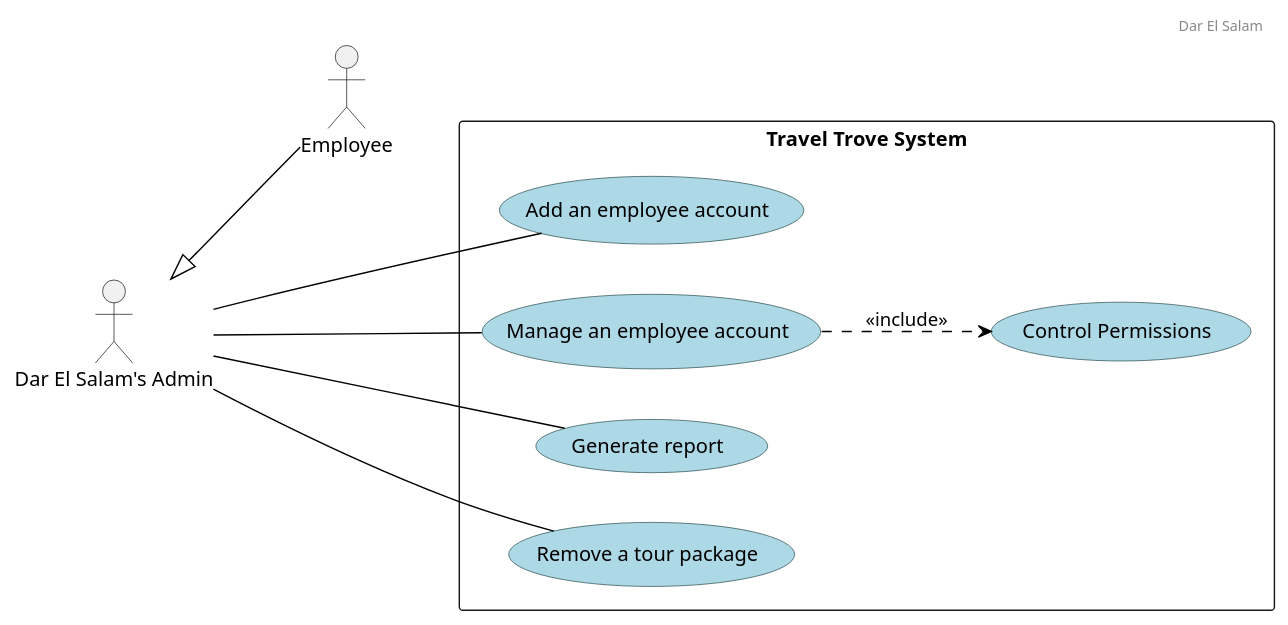
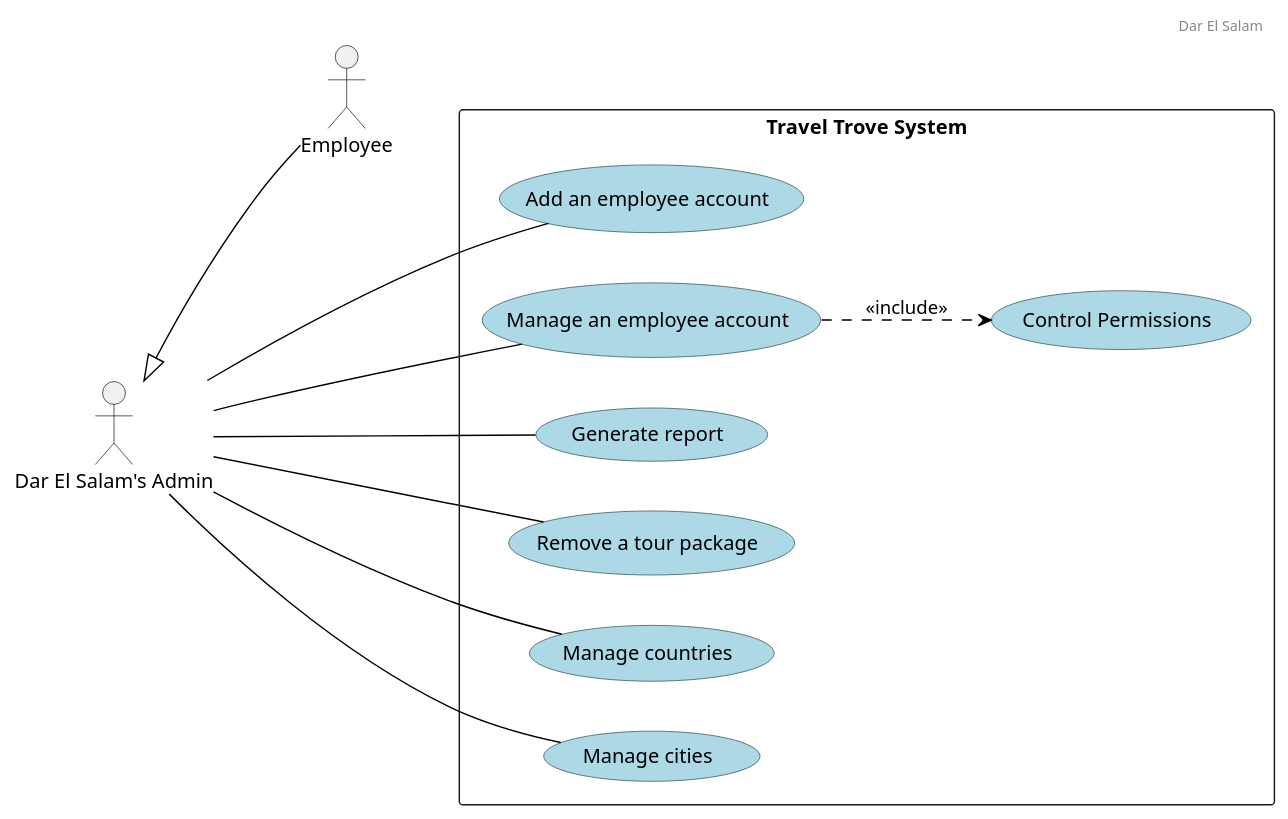
Before and after one commit to Hares-2088/TravelTrove: the diagram in diagrams/use cases/Admin.puml, drawn with PlantUML. The commit also changed 1 other file, not shown here.

Commit message:
Edited Admin and Employee use cases

```diff
--- a/diagrams/use cases/Admin.puml
+++ b/diagrams/use cases/Admin.puml
@@ -1,34 +1,39 @@
 @startuml
 scale 1
 left to right direction
 
 header
 Dar El Salam
 endheader
 
 ' Custom skin parameters for use cases
 skinparam usecase {
     BackgroundColor lightblue
     BorderColor DarkSlateGray
     ArrowColor Black
 }
 
 actor "Dar El Salam's Admin" as Admin
 
 rectangle "Travel Trove System" {
 
     usecase "Add an employee account"
     usecase "Manage an employee account"
     usecase "Control Permissions"
     usecase "Generate report"
     usecase "Remove a tour package"
+    usecase "Manage countries"
+    usecase "Manage cities"
+
 }
 
 "Manage an employee account" ..> "Control Permissions" : <<include>>
 Admin<|-- Employee
 Admin --- "Add an employee account"
 Admin -- "Manage an employee account"
 Admin -- "Generate report"
 Admin -- "Remove a tour package"
+Admin -- "Manage countries"
+Admin -- "Manage cities"
 
 @enduml
```
